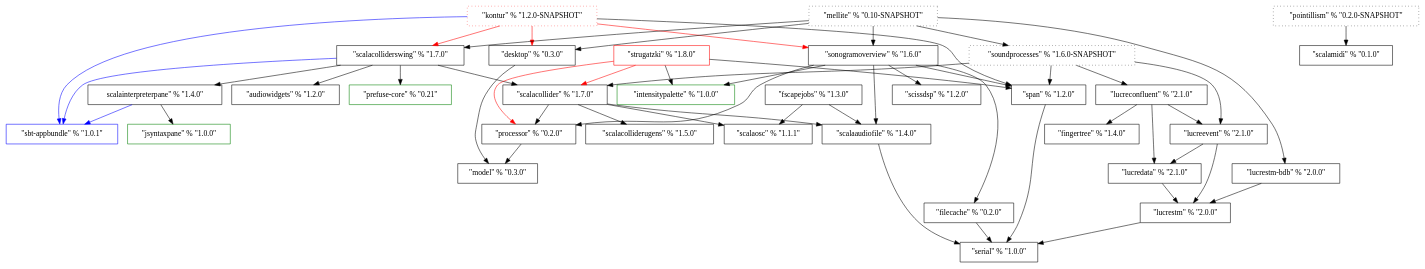
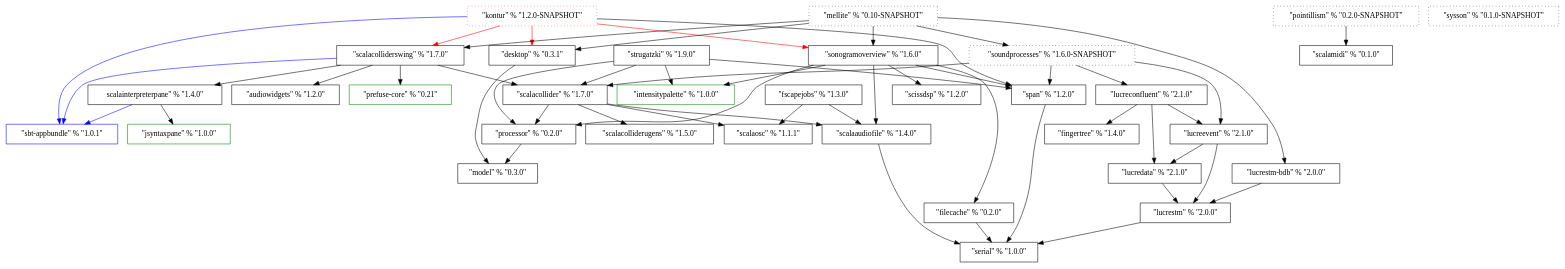
One commit to Sciss/HistoricalCode changed the diagram in ProjectDependencies/dep.dot. Above: the diagram before and after it, drawn with Graphviz.

```diff
--- a/ProjectDependencies/dep.dot
+++ b/ProjectDependencies/dep.dot
@@ -1,86 +1,88 @@
 digraph G {
 	AudioWidgets [label="\"audiowidgets\" % \"1.2.0\"", shape=box];
-	Desktop [label="\"desktop\" % \"0.3.0\"", shape=Box];
+	Desktop [label="\"desktop\" % \"0.3.1\"", shape=Box];
 	FileCache [label="\"filecache\" % \"0.2.0\"", shape=Box];
 	FingerTree [label="\"fingertree\" % \"1.4.0\"", shape=Box];
 	FScapeJobs [label="\"fscapejobs\" % \"1.3.0\"", shape=box];
 	IntensityPalette [label="\"intensitypalette\" % \"1.0.0\"", shape=Box, color=green];
 	JSyntaxPane [label="\"jsyntaxpane\" % \"1.0.0\"", shape=Box, color=green];
 	Kontur [label="\"kontur\" % \"1.2.0-SNAPSHOT\"", shape=Box, style=dotted, color=red];
 	LucreConfluent [label="\"lucreconfluent\" % \"2.1.0\"", shape=Box];
 	LucreData [label="\"lucredata\" % \"2.1.0\"", shape=Box];
 	LucreEvent [label="\"lucreevent\" % \"2.1.0\"", shape=Box];
 	LucreSTM [label="\"lucrestm\" % \"2.0.0\"", shape=Box];
 	LucreSTM_BDB [label="\"lucrestm-bdb\" % \"2.0.0\"", shape=Box];
 	Mellite [label="\"mellite\" % \"0.10-SNAPSHOT\"", shape=Box, style=dotted];
 	Model [label="\"model\" % \"0.3.0\"", shape=Box];
 	PrefuseCore [label="\"prefuse-core\" % \"0.21\"", shape=Box, color=green];
 	Pointillism [label="\"pointillism\" % \"0.2.0-SNAPSHOT\"", shape=Box, style=dotted];
 	Processor [label="\"processor\" % \"0.2.0\"", shape=Box];
 	SbtAppbundle [label="\"sbt-appbundle\" % \"1.0.1\"", shape=Box, color=blue];
 	ScalaOSC [label="\"scalaosc\" % \"1.1.1\"", shape=box];
 	ScalaAudioFile [label="\"scalaaudiofile\" % \"1.4.0\"", shape=box];
 	ScalaCollider [label="\"scalacollider\" % \"1.7.0\"", shape=Box];
 	ScalaColliderSwing [label="\"scalacolliderswing\" % \"1.7.0\"", shape=Box];
 	ScalaColliderUGens [label="\"scalacolliderugens\" % \"1.5.0\"", shape=Box];
 	ScalaInterpreterPane [label="\scalainterpreterpane\" % \"1.4.0\"", shape=Box];
 	ScalaMIDI [label="\"scalamidi\" % \"0.1.0\"", shape=Box];
 	ScissDSP [label="\"scissdsp\" % \"1.2.0\"", shape=Box];
 	Serial [label="\"serial\" % \"1.0.0\"", shape=Box];
 	SonogramOverview [label="\"sonogramoverview\" % \"1.6.0\"", shape=Box];
 	SoundProcesses [label="\"soundprocesses\" % \"1.6.0-SNAPSHOT\"", shape=Box, style=dotted];
    Span [label="\"span\" % \"1.2.0\"", shape=box];
-	Strugatzki [label="\"strugatzki\" % \"1.8.0\"", shape=Box, color=red];
+	Strugatzki [label="\"strugatzki\" % \"1.9.0\"", shape=Box];
+	
+	SysSon [label="\"sysson\" % \"0.1.0-SNAPSHOT\"", shape=Box, style=dotted];
 
    Desktop -> Model;	
 	FileCache -> Serial;
 	FScapeJobs -> ScalaOSC;
 	FScapeJobs -> ScalaAudioFile;
 	Kontur -> Desktop [color=red];
 	Kontur -> SbtAppbundle [color=blue];
 	Kontur -> ScalaColliderSwing [color=red];
 	Kontur -> SonogramOverview [color=red];
 	Kontur -> Span;
 	LucreConfluent -> FingerTree;
 	LucreConfluent -> LucreData;
 	LucreConfluent -> LucreEvent;
 	LucreData -> LucreSTM;
 	LucreEvent -> LucreSTM;
    LucreEvent -> LucreData;
    LucreSTM -> Serial;
    LucreSTM_BDB -> LucreSTM;
    Mellite -> Desktop;
 	Mellite -> LucreSTM_BDB;
 	Mellite -> ScalaColliderSwing;
 	Mellite -> SonogramOverview;
 	Mellite -> SoundProcesses;
 	Pointillism -> ScalaMIDI;
 	Processor -> Model;
    ScalaAudioFile -> Serial;
    ScalaCollider -> Processor;
 	ScalaCollider -> ScalaAudioFile;
 	ScalaCollider -> ScalaColliderUGens;
 	ScalaCollider -> ScalaOSC;
 	ScalaColliderSwing -> SbtAppbundle [color=blue];
 	ScalaColliderSwing -> ScalaCollider;
 	ScalaColliderSwing -> ScalaInterpreterPane;
 	ScalaColliderSwing -> PrefuseCore;
 	ScalaColliderSwing -> AudioWidgets;
 	ScalaInterpreterPane -> JSyntaxPane;
 	ScalaInterpreterPane -> SbtAppbundle [color=blue];
 	SonogramOverview -> FileCache;
 	SonogramOverview -> IntensityPalette;
 	SonogramOverview -> Processor;
 	SonogramOverview -> ScalaAudioFile;
 	SonogramOverview -> ScissDSP;
 	SonogramOverview -> Span;
 	SoundProcesses -> ScalaCollider;
 	SoundProcesses -> LucreConfluent;
 	SoundProcesses -> LucreEvent;
 	SoundProcesses -> Span;
 	Span -> Serial;
 	Strugatzki -> IntensityPalette;
-	Strugatzki -> Processor [color=red];
-	Strugatzki -> ScalaCollider [color=red];
+	Strugatzki -> Processor;
+	Strugatzki -> ScalaCollider;
 	Strugatzki -> Span;
 }
```
